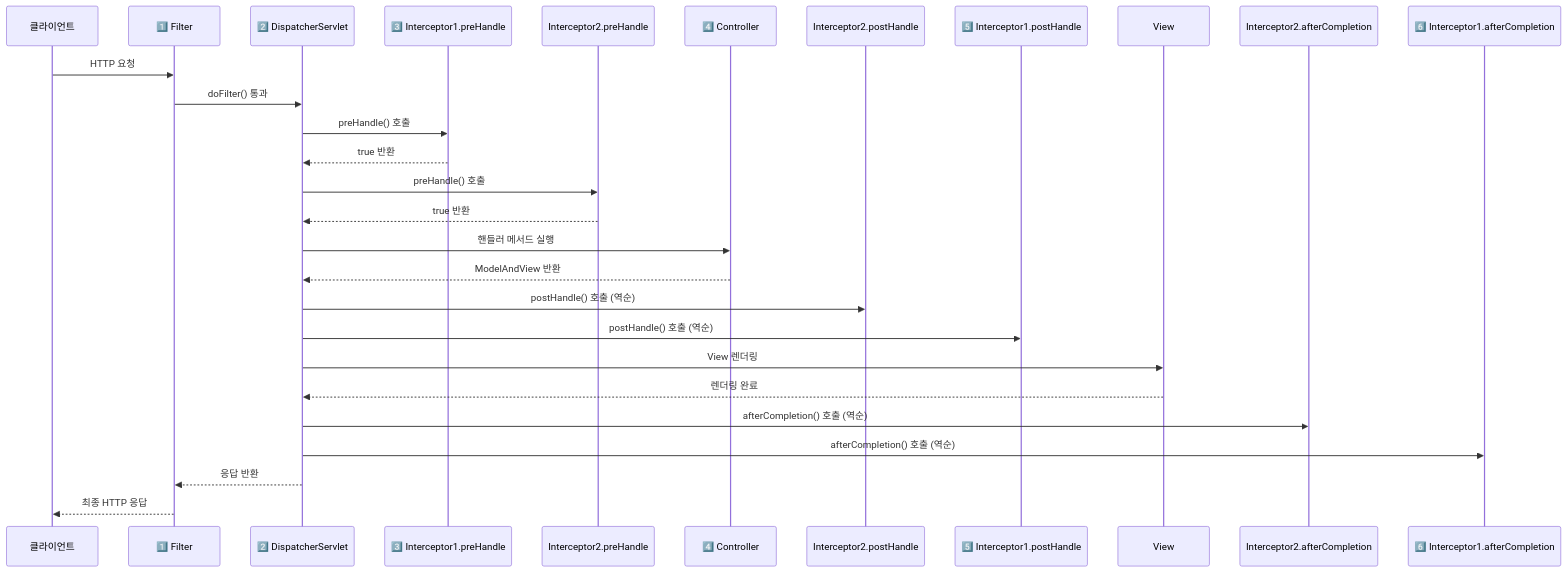
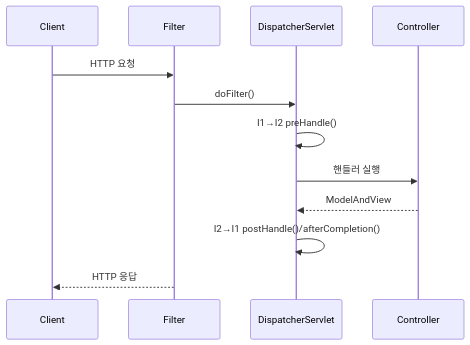
Before and after one commit to yjkim2015/yjkim2015.github.io: the third of 8 diagrams in _posts/spring/2026-05-02-spring-interceptor.md, drawn with Mermaid. The commit also changed other lines of this file and 215 other files, not shown here.

First line of the commit message:
신규 포스트 10개 추가 + Mermaid 전면 축소 + SystemDesign 시리즈 보강

````diff
--- a/_posts/spring/2026-05-02-spring-interceptor.md
+++ b/_posts/spring/2026-05-02-spring-interceptor.md
@@ -365,31 +326,14 @@
 ```mermaid
 sequenceDiagram
-    participant C as 클라이언트
-    participant F as 1️⃣ Filter
-    participant DS as 2️⃣ DispatcherServlet
-    participant I1 as 3️⃣ Interceptor1.preHandle
-    participant I2 as Interceptor2.preHandle
-    participant CT as 4️⃣ Controller
-    participant I2P as Interceptor2.postHandle
-    participant I1P as 5️⃣ Interceptor1.postHandle
-    participant V as View
-    participant I2A as Interceptor2.afterCompletion
-    participant I1A as 6️⃣ Interceptor1.afterCompletion
-
+    participant C as Client
+    participant F as Filter
+    participant DS as DispatcherServlet
+    participant CT as Controller
     C->>F: HTTP 요청
-    F->>DS: doFilter() 통과
-    DS->>I1: preHandle() 호출
-    I1-->>DS: true 반환
-    DS->>I2: preHandle() 호출
-    I2-->>DS: true 반환
-    DS->>CT: 핸들러 메서드 실행
-    CT-->>DS: ModelAndView 반환
-    DS->>I2P: postHandle() 호출 (역순)
-    DS->>I1P: postHandle() 호출 (역순)
-    DS->>V: View 렌더링
-    V-->>DS: 렌더링 완료
-    DS->>I2A: afterCompletion() 호출 (역순)
-    DS->>I1A: afterCompletion() 호출 (역순)
-    DS-->>F: 응답 반환
-    F-->>C: 최종 HTTP 응답
+    F->>DS: doFilter()
+    DS->>DS: I1→I2 preHandle()
+    DS->>CT: 핸들러 실행
+    CT-->>DS: ModelAndView
+    DS->>DS: I2→I1 postHandle()/afterCompletion()
+    F-->>C: HTTP 응답
 ```
````
